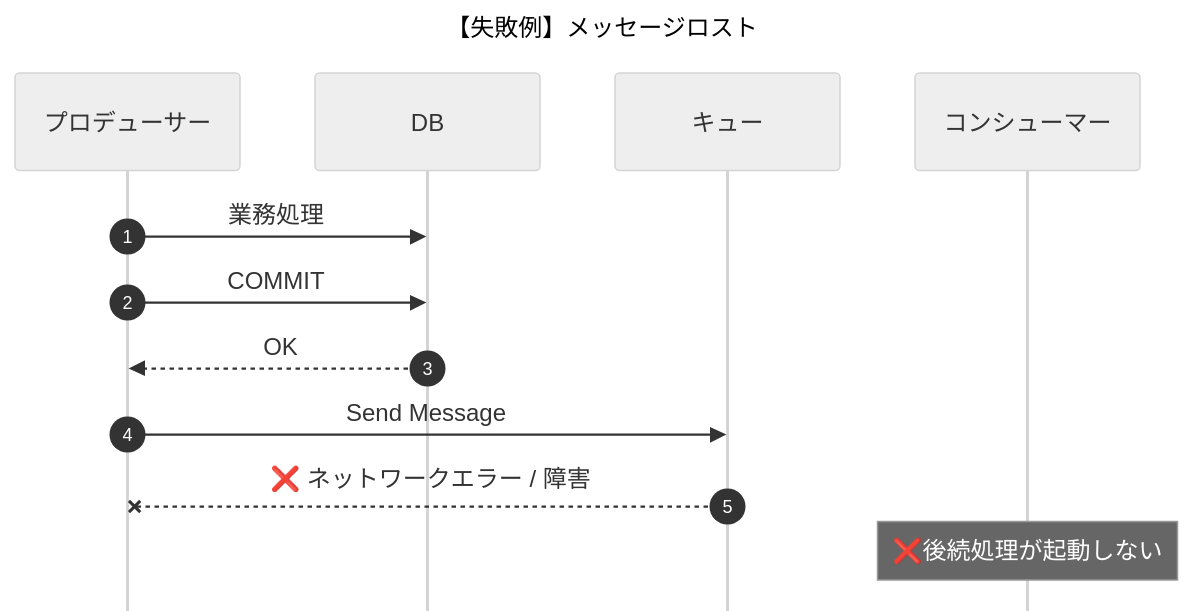
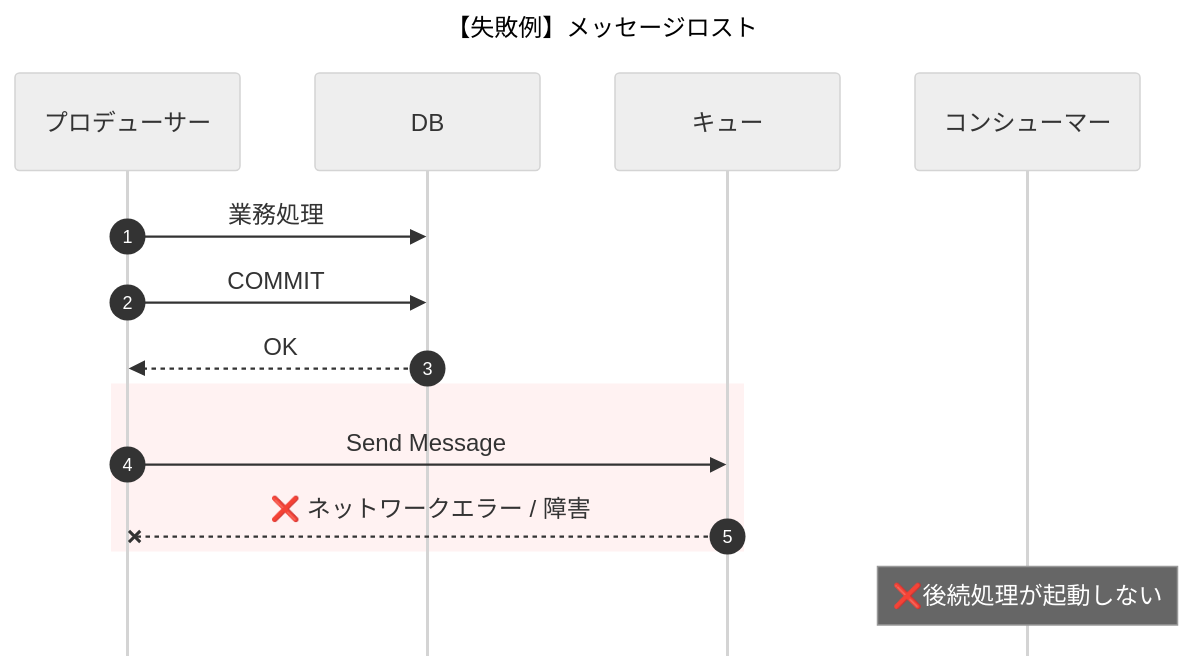
The sixth of 13 diagrams in documents/forAsync/async_guidelines.md (future-architect/arch-guidelines), drawn with Mermaid (neutral theme) before and after one commit. The commit also changed other lines of this file, not shown here.

````diff
--- a/documents/forAsync/async_guidelines.md
+++ b/documents/forAsync/async_guidelines.md
@@ -430,21 +442,23 @@
 ```mermaid
 ---
 title: 【失敗例】メッセージロスト
 ---
 %%{init: {'sequence': {'mirrorActors': false}}}%%
 sequenceDiagram
     autonumber
     participant App as プロデューサー
     participant DB as DB
     participant Queue as キュー
     participant Worker as コンシューマー
 
     App->>DB: 業務処理
     App->>DB: COMMIT
     DB-->>App: OK
 
-    App->>Queue: Send Message
-    Queue--xApp: ❌ ネットワークエラー / 障害
+    rect rgb(255, 230, 230, 0.5)
+      App->>Queue: Send Message
+      Queue--xApp: ❌ ネットワークエラー / 障害
+    end
 
     Note over Worker: ❌️後続処理が起動しない
 ```
````
